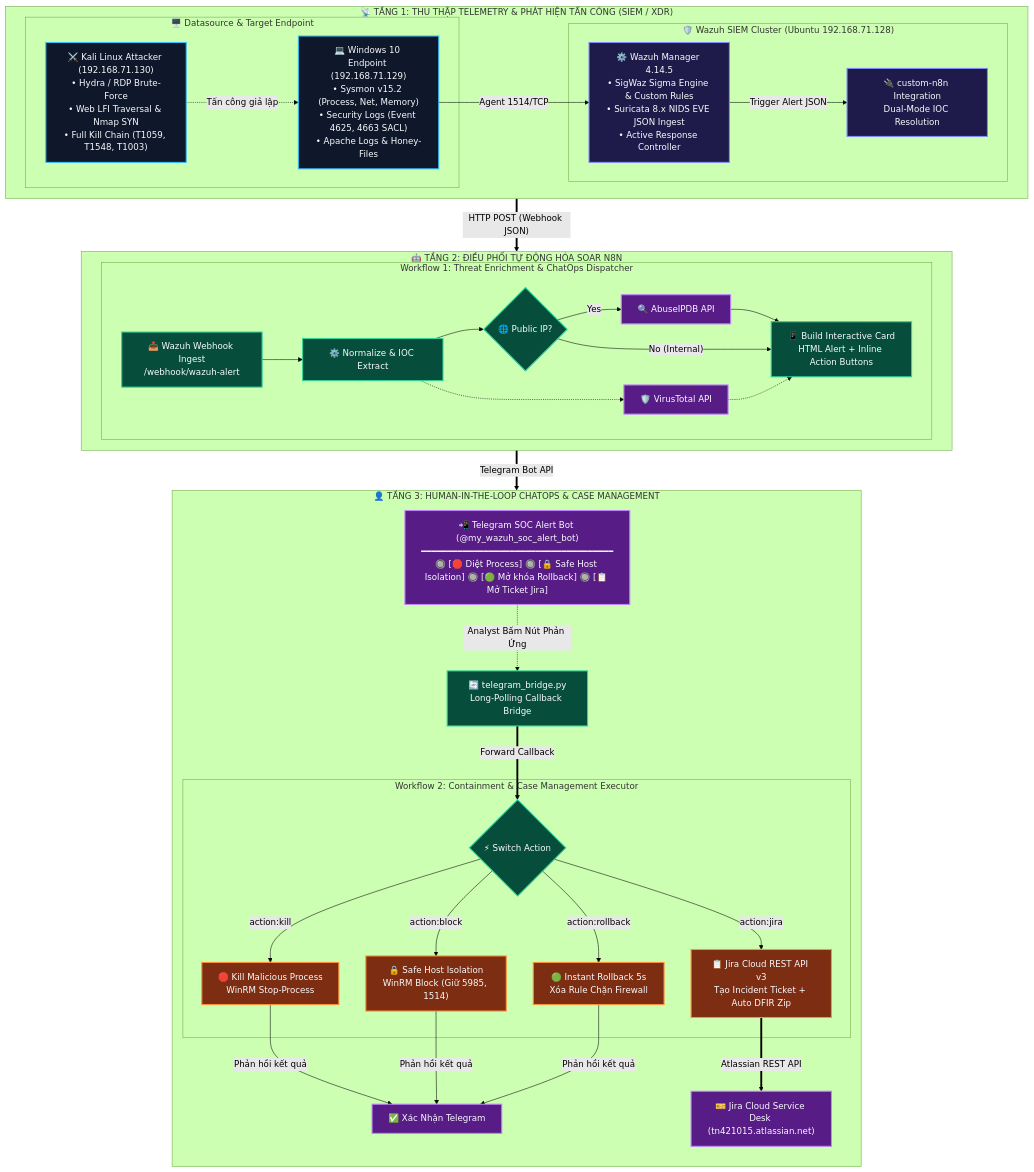
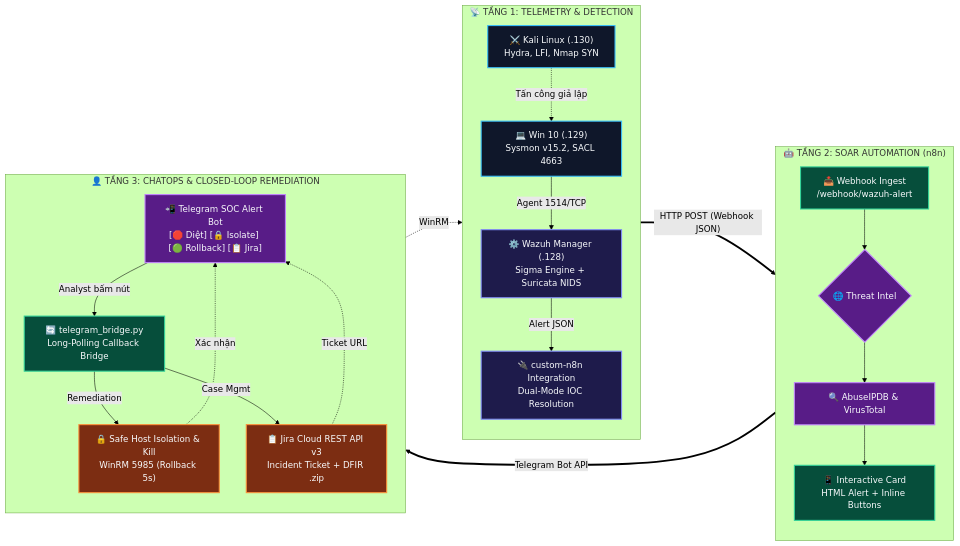
One commit to tofan0810/Wazuh-SOC-lab changed the diagram in README.md. Above: the diagram before and after it, drawn with Mermaid (forest theme). The commit also changed other lines of this file, not shown here.

````diff
--- a/README.md
+++ b/README.md
@@ -93,70 +93,49 @@
 ```mermaid
-flowchart TD
+flowchart LR
     classDef endpoint fill:#0f172a,stroke:#38bdf8,stroke-width:2px,color:#f8fafc;
     classDef siem fill:#1e1b4b,stroke:#818cf8,stroke-width:2px,color:#f8fafc;
     classDef soar fill:#064e3b,stroke:#34d399,stroke-width:2px,color:#f8fafc;
     classDef cloud fill:#581c87,stroke:#c084fc,stroke-width:2px,color:#f8fafc;
     classDef action fill:#7c2d12,stroke:#fb923c,stroke-width:2px,color:#f8fafc;
 
-    subgraph INGEST ["📡 TẦNG 1: THU THẬP TELEMETRY & PHÁT HIỆN TẤN CÔNG (SIEM / XDR)"]
-        direction LR
-        subgraph SOURCES ["🖥️ Datasource & Target Endpoint"]
-            WIN["💻 Windows 10 Endpoint (192.168.71.129)<br/>• Sysmon v15.2 (Process, Net, Memory)<br/>• Security Logs (Event 4625, 4663 SACL)<br/>• Apache Logs & Honey-Files"]:::endpoint
-            KALI["⚔️ Kali Linux Attacker (192.168.71.130)<br/>• Hydra / RDP Brute-Force<br/>• Web LFI Traversal & Nmap SYN<br/>• Full Kill Chain (T1059, T1548, T1003)"]:::endpoint
-            KALI -.->|"Tấn công giả lập"| WIN
-        end
+    subgraph T1 ["📡 TẦNG 1: TELEMETRY & DETECTION"]
+        direction TB
+        KALI["⚔️ Kali Linux (.130)<br/>Hydra, LFI, Nmap SYN"]:::endpoint
+        WIN["💻 Win 10 (.129)<br/>Sysmon v15.2, SACL 4663"]:::endpoint
+        MGR["⚙️ Wazuh Manager (.128)<br/>Sigma Engine + Suricata NIDS"]:::siem
+        INTEG["🔌 custom-n8n Integration<br/>Dual-Mode IOC Resolution"]:::siem
 
-        subgraph WAZUH_CLUSTER ["🛡️ Wazuh SIEM Cluster (Ubuntu 192.168.71.128)"]
-            MGR["⚙️ Wazuh Manager 4.14.5<br/>• SigWaz Sigma Engine & Custom Rules<br/>• Suricata 8.x NIDS EVE JSON Ingest<br/>• Active Response Controller"]:::siem
-            INTEG["🔌 custom-n8n Integration<br/>Dual-Mode IOC Resolution"]:::siem
-            WIN -->|"Agent 1514/TCP"| MGR
-            MGR -->|"Trigger Alert JSON"| INTEG
-        end
+        KALI -.->|"Tấn công giả lập"| WIN
+        WIN -->|"Agent 1514/TCP"| MGR
+        MGR -->|"Alert JSON"| INTEG
+    end
+
+    subgraph T2 ["🤖 TẦNG 2: SOAR AUTOMATION (n8n)"]
+        direction TB
+        WF1["📥 Webhook Ingest<br/>/webhook/wazuh-alert"]:::soar
+        TI{"🌐 Threat Intel"}:::cloud
+        ABUSE["🔍 AbuseIPDB & VirusTotal"]:::cloud
+        CARD["📱 Interactive Card<br/>HTML Alert + Inline Buttons"]:::soar
+
+        WF1 --> TI --> ABUSE --> CARD
+    end
+
+    subgraph T3 ["👤 TẦNG 3: CHATOPS & CLOSED-LOOP REMEDIATION"]
+        direction TB
+        TG_ALERT["📲 Telegram SOC Alert Bot<br/>[🛑 Diệt] [🔒 Isolate] [🟢 Rollback] [📋 Jira]"]:::cloud
+        BRIDGE["🔄 telegram_bridge.py<br/>Long-Polling Callback Bridge"]:::soar
+        
+        ACT_BLOCK["🔒 Safe Host Isolation & Kill<br/>WinRM 5985 (Rollback 5s)"]:::action
+        ACT_JIRA["📋 Jira Cloud REST API v3<br/>Incident Ticket + DFIR .zip"]:::action
+
+        TG_ALERT -->|"Analyst bấm nút"| BRIDGE
+        BRIDGE -->|"Remediation"| ACT_BLOCK
+        BRIDGE -->|"Case Mgmt"| ACT_JIRA
+        ACT_BLOCK -.->|"Xác nhận"| TG_ALERT
+        ACT_JIRA -.->|"Ticket URL"| TG_ALERT
     end
 
     INTEG ==>|"HTTP POST (Webhook JSON)"| WF1
-
-    subgraph PIPELINE ["🤖 TẦNG 2: ĐIỀU PHỐI TỰ ĐỘNG HÓA SOAR N8N"]
-        direction LR
-        subgraph WF_ENRICH ["Workflow 1: Threat Enrichment & ChatOps Dispatcher"]
-            WF1["📥 Wazuh Webhook Ingest<br/>/webhook/wazuh-alert"]:::soar
-            PARSE["⚙️ Normalize & IOC Extract"]:::soar
-            TI_CHECK{"🌐 Public IP?"}:::soar
-            ABUSE["🔍 AbuseIPDB API"]:::cloud
-            VT["🛡️ VirusTotal API"]:::cloud
-            CARD["📱 Build Interactive Card<br/>HTML Alert + Inline Action Buttons"]:::soar
-
-            WF1 --> PARSE --> TI_CHECK
-            TI_CHECK -- "Yes" --> ABUSE --> CARD
-            TI_CHECK -- "No (Internal)" --> CARD
-            PARSE -.-> VT -.-> CARD
-        end
-    end
-
     CARD ==>|"Telegram Bot API"| TG_ALERT
-
-    subgraph CHATOPS ["👤 TẦNG 3: HUMAN-IN-THE-LOOP CHATOPS & CASE MANAGEMENT"]
-        direction TB
-        TG_ALERT["📲 Telegram SOC Alert Bot (@my_wazuh_soc_alert_bot)<br/>━━━━━━━━━━━━━━━━━━━━━━━━━━━━━━━━━━━━━<br/>🔘 [🛑 Diệt Process] 🔘 [🔒 Safe Host Isolation] 🔘 [🟢 Mở khóa Rollback] 🔘 [📋 Mở Ticket Jira]"]:::cloud
-
-        BRIDGE["🔄 telegram_bridge.py<br/>Long-Polling Callback Bridge"]:::soar
-        TG_ALERT -.->|"Analyst Bấm Nút Phản Ứng"| BRIDGE
-        BRIDGE ==>|"Forward Callback"| SWITCH
-
-        subgraph ACTIONS ["Workflow 2: Containment & Case Management Executor"]
-            SWITCH{"⚡ Switch Action"}:::soar
-            ACT_KILL["🛑 Kill Malicious Process<br/>WinRM Stop-Process"]:::action
-            ACT_BLOCK["🔒 Safe Host Isolation<br/>WinRM Block (Giữ 5985, 1514)"]:::action
-            ACT_ROLLBACK["🟢 Instant Rollback 5s<br/>Xóa Rule Chặn Firewall"]:::action
-            ACT_JIRA["📋 Jira Cloud REST API v3<br/>Tạo Incident Ticket + Auto DFIR Zip"]:::action
-
-            SWITCH -- "action:kill" --> ACT_KILL
-            SWITCH -- "action:block" --> ACT_BLOCK
-            SWITCH -- "action:rollback" --> ACT_ROLLBACK
-            SWITCH -- "action:jira" --> ACT_JIRA
-        end
-
-        ACT_KILL & ACT_BLOCK & ACT_ROLLBACK -->|"Phản hồi kết quả"| TG_CONFIRM["✅ Xác Nhận Telegram"]:::cloud
-        ACT_JIRA ==>|"Atlassian REST API"| JIRA_BOARD["🎫 Jira Cloud Service Desk (tn421015.atlassian.net)"]:::cloud
-    end
+    ACT_BLOCK -.->|"WinRM"| WIN
 ```
````
